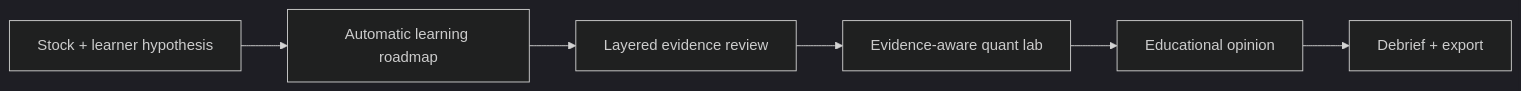
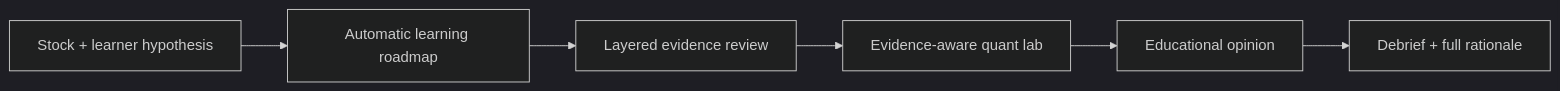
The first of 2 diagrams in README.md (MT7654/longviewresearch), drawn with Mermaid (dark theme) before and after one commit. The commit also changed 3 other files, not shown here.

Commit message:
improve evidence synthesis and education flow

````diff
--- a/README.md
+++ b/README.md
@@ -36,8 +36,8 @@
 ```mermaid
 flowchart LR
     A["Stock + learner hypothesis"] --> B["Automatic learning roadmap"]
     B --> C["Layered evidence review"]
     C --> D["Evidence-aware quant lab"]
     D --> E["Educational opinion"]
-    E --> F["Debrief + export"]
+    E --> F["Debrief + full rationale"]
 ```
````
